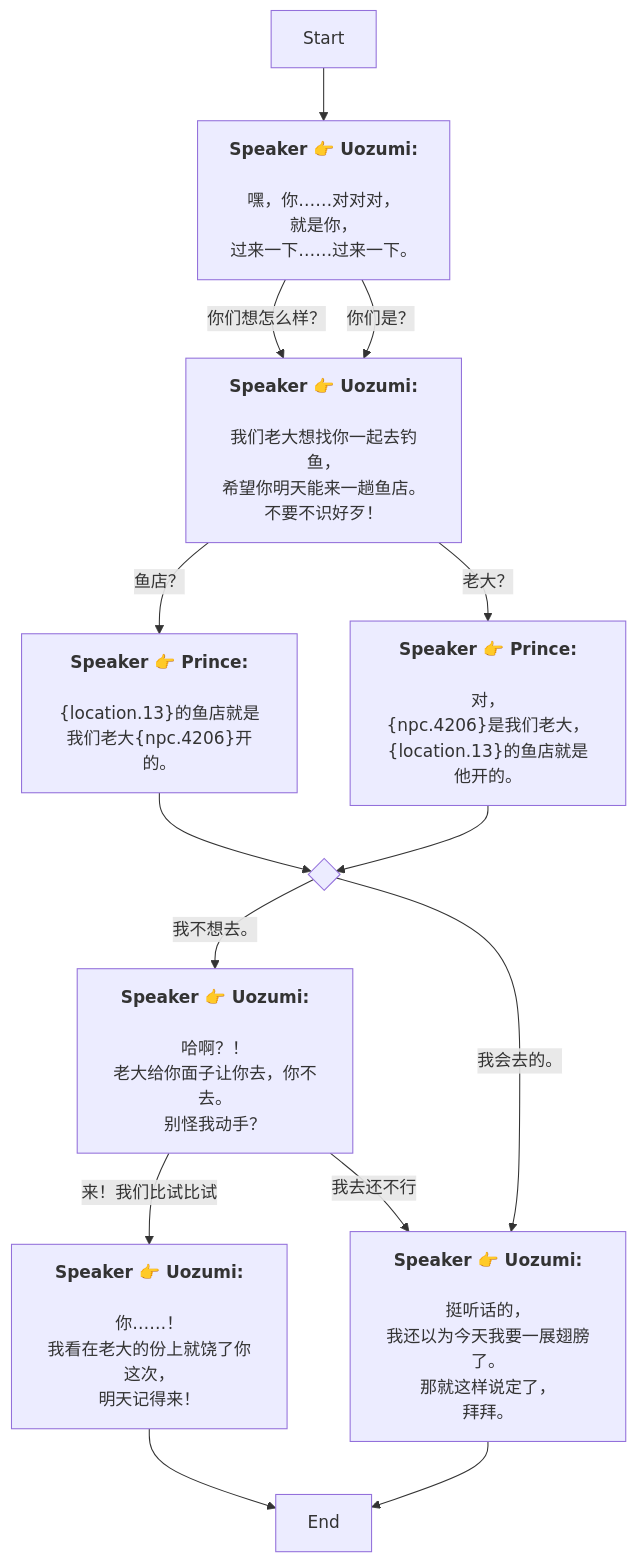
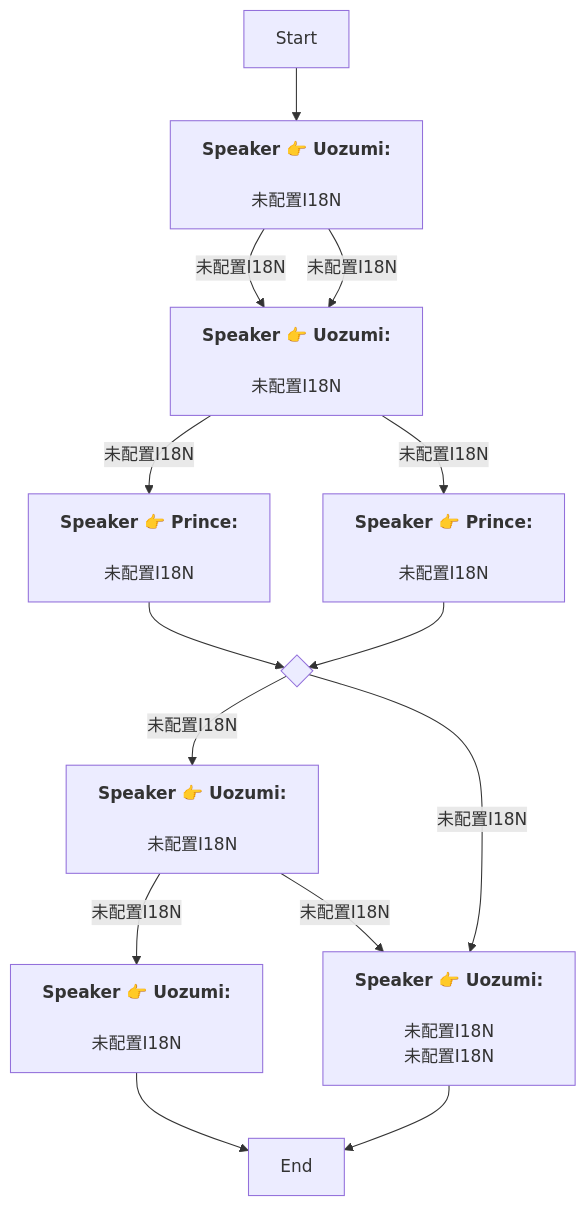
One commit to SoftHu/tos_avg changed the diagram in Zh/QuestStartTalkENode_1756252907624665.md. Above: the diagram before and after it, drawn with Mermaid. The commit also changed 730 other files, not shown here.

````diff
--- a/Zh/QuestStartTalkENode_1756252907624665.md
+++ b/Zh/QuestStartTalkENode_1756252907624665.md
@@ -1,42 +1,26 @@
 ```mermaid
 graph
 Start -->1756252963994844[<b>Speaker 👉 Uozumi:</b>
-\n嘿，你……对对对，
-就是你，
-过来一下……过来一下。]
-1756252963994844 -->|你们想怎么样？|1756253006232805[<b>Speaker 👉 Uozumi:</b>
-\n我们老大想找你一起去钓鱼，
-希望你明天能来一趟鱼店。
-不要不识好歹！]
-1756252963994844 -->|你们是？|1756253006232805[<b>Speaker 👉 Uozumi:</b>
-\n我们老大想找你一起去钓鱼，
-希望你明天能来一趟鱼店。
-不要不识好歹！]
-1756253006232805 -->|鱼店？|1756253083186413[<b>Speaker 👉 Prince:</b>
-\n&lbrace;location.13&rbrace;的鱼店就是我们老大&lbrace;npc.4206&rbrace;开的。]
-1756253006232805 -->|老大？|1756253051721963[<b>Speaker 👉 Prince:</b>
-\n对，
-&lbrace;npc.4206&rbrace;是我们老大，
-&lbrace;location.13&rbrace;的鱼店就是他开的。]
+\n未配置I18N]
+1756252963994844 -->|未配置I18N|1756253006232805[<b>Speaker 👉 Uozumi:</b>
+\n未配置I18N]
+1756252963994844 -->|未配置I18N|1756253006232805[<b>Speaker 👉 Uozumi:</b>
+\n未配置I18N]
+1756253006232805 -->|未配置I18N|1756253083186413[<b>Speaker 👉 Prince:</b>
+\n未配置I18N]
+1756253006232805 -->|未配置I18N|1756253051721963[<b>Speaker 👉 Prince:</b>
+\n未配置I18N]
 1756253051721963 -->439063262930490{ }
 1756253146034419 -->1756253275416827[End]
-1756253182380276 -->|来！我们比试比试|1756253236786426[<b>Speaker 👉 Uozumi:</b>
-\n你……！
-我看在老大的份上就饶了你这次，
-明天记得来！]
-1756253182380276 -->|我去还不行|1756253146034419[<b>Speaker 👉 Uozumi:</b>
-\n挺听话的，
-我还以为今天我要一展翅膀了。\n那就这样说定了，
-拜拜。]
+1756253182380276 -->|未配置I18N|1756253236786426[<b>Speaker 👉 Uozumi:</b>
+\n未配置I18N]
+1756253182380276 -->|未配置I18N|1756253146034419[<b>Speaker 👉 Uozumi:</b>
+\n未配置I18N\n未配置I18N]
 1756253236786426 -->1756253275416827[End]
 1756253083186413 -->439063262930490{ }
-439063262930490 -->|我不想去。|1756253182380276[<b>Speaker 👉 Uozumi:</b>
-\n哈啊？！
-老大给你面子让你去，你不去。
-别怪我动手？]
-439063262930490 -->|我会去的。|1756253146034419[<b>Speaker 👉 Uozumi:</b>
-\n挺听话的，
-我还以为今天我要一展翅膀了。\n那就这样说定了，
-拜拜。]
+439063262930490 -->|未配置I18N|1756253182380276[<b>Speaker 👉 Uozumi:</b>
+\n未配置I18N]
+439063262930490 -->|未配置I18N|1756253146034419[<b>Speaker 👉 Uozumi:</b>
+\n未配置I18N\n未配置I18N]
 
 ```
````
